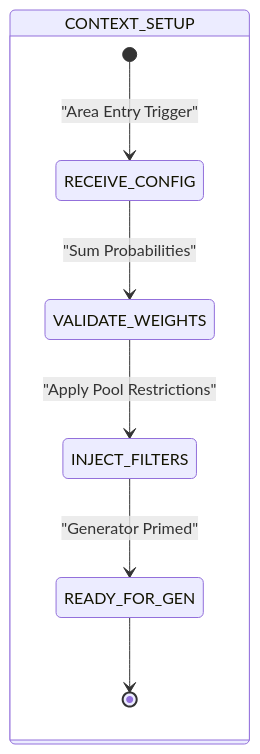
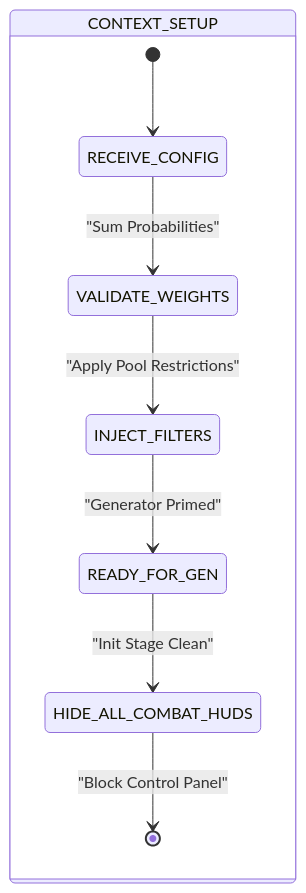
Before and after one commit to Darkham77/PokeBorrador: the first of 18 diagrams in .agents/skills/project-standards/references/battle/battle_mechanics_manual.md, drawn with Mermaid. The commit also changed other lines of this file and 43 other files, not shown here.

````diff
--- a/.agents/skills/project-standards/references/battle/battle_mechanics_manual.md
+++ b/.agents/skills/project-standards/references/battle/battle_mechanics_manual.md
@@ -330,10 +359,11 @@
 ```mermaid
 stateDiagram-v2
-    state CONTEXT_SETUP {
-        [*] --> RECEIVE_CONFIG: "Area Entry Trigger"
-        RECEIVE_CONFIG --> VALIDATE_WEIGHTS: "Sum Probabilities"
-        VALIDATE_WEIGHTS --> INJECT_FILTERS: "Apply Pool Restrictions"
-        INJECT_FILTERS --> READY_FOR_GEN: "Generator Primed"
-        READY_FOR_GEN --> [*]
-    }
+        state CONTEXT_SETUP {
+            [*] --> RECEIVE_CONFIG
+            RECEIVE_CONFIG --> VALIDATE_WEIGHTS : "Sum Probabilities"
+            VALIDATE_WEIGHTS --> INJECT_FILTERS : "Apply Pool Restrictions"
+            INJECT_FILTERS --> READY_FOR_GEN : "Generator Primed"
+            READY_FOR_GEN --> HIDE_ALL_COMBAT_HUDS : "Init Stage Clean"
+            HIDE_ALL_COMBAT_HUDS --> [*] : "Block Control Panel"
+        }
 ```
````
